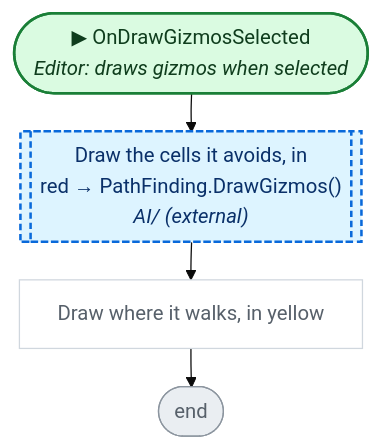
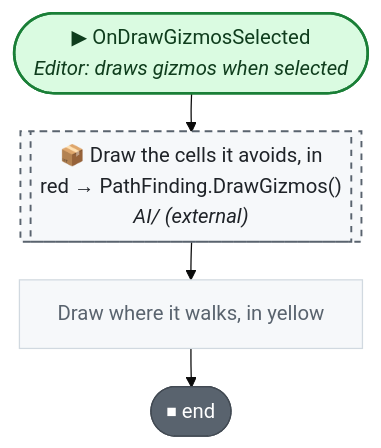
Before and after one commit to nataiai/Lord-of-the-Dungeon: the third of 7 diagrams in CodeGraph~/graph/Enemy.cs.md, drawn with Mermaid (base theme). The commit also changed other lines of this file and 57 other files, not shown here.

````diff
--- a/CodeGraph~/graph/Enemy.cs.md
+++ b/CodeGraph~/graph/Enemy.cs.md
@@ -162,35 +164,35 @@
 ```mermaid
 ---
 config:
   flowchart:
     wrappingWidth: 260
     nodeSpacing: 26
     rankSpacing: 30
 ---
 flowchart TD
   nS(["▶ OnDrawGizmosSelected<br><i>Editor: draws gizmos when selected</i>"])
-  nd4aec9[["Draw the cells it avoids, in<br>red → PathFinding.DrawGizmos()<br><i>AI/ (external)</i>"]]
+  nd4aec9[["📦 Draw the cells it avoids, in<br>red → PathFinding.DrawGizmos()<br><i>AI/ (external)</i>"]]
   ndfcd03["Draw where it walks, in yellow"]
-  nE(["end"])
+  nE(["⏹ end"])
   nS --> nd4aec9
   nd4aec9 --> ndfcd03
   ndfcd03 --> nE
   classDef unity fill:#dafbe1,stroke:#1a7f37,stroke-width:2px,color:#0f3d1d
   classDef start fill:#dafbe1,stroke:#1a7f37,stroke-width:2px,color:#0f3d1d
-  classDef calc fill:#ffffff,stroke:#d0d7de,color:#57606a
+  classDef calc fill:#f6f8fa,stroke:#d1d9e0,color:#59636e
   classDef calls fill:#ddf4ff,stroke:#0969da,stroke-width:2px,color:#0a3069
-  classDef ext fill:#ddf4ff,stroke:#0969da,stroke-width:2px,stroke-dasharray:5 3,color:#0a3069
-  classDef cond fill:#fff8c5,stroke:#bf8700,stroke-width:1.5px,color:#3d2a00
-  classDef loop fill:#f6f8fa,stroke:#57606a,color:#1f2328
-  classDef exit fill:#ffebe9,stroke:#cf222e,color:#82071e
+  classDef ext fill:#f6f8fa,stroke:#59636e,stroke-width:1.5px,stroke-dasharray:5 5,color:#1f2328
+  classDef cond fill:#fff8c5,stroke:#9a6700,stroke-width:1.5px,color:#3d2a00
+  classDef loop fill:#fff8c5,stroke:#9a6700,color:#3d2a00
+  classDef wait fill:#fff8c5,stroke:#9a6700,color:#3d2a00
+  classDef exit fill:#59636e,stroke:#424a53,color:#ffffff
+  classDef fin fill:#59636e,stroke:#424a53,color:#ffffff
+  classDef act fill:#ffffff,stroke:#59636e,stroke-width:1.5px,color:#1f2328
   classDef kill fill:#ffebe9,stroke:#cf222e,stroke-width:2px,color:#82071e
-  classDef spawn fill:#dafbe1,stroke:#1a7f37,stroke-width:2px,color:#0f3d1d
-  classDef wait fill:#fff1e5,stroke:#bc4c00,color:#4d1d00
-  classDef fin fill:#eaeef2,stroke:#8c959f,color:#57606a
   classDef join fill:#d0d7de,stroke:#8c959f,color:#57606a
   classDef ghdr fill:#f5f9ff,stroke:#f5f9ff,color:#0a3069,font-weight:bold
   class ndfcd03 calc
   class nd4aec9 ext
   class nE fin
   class nS unity
 ```
````
